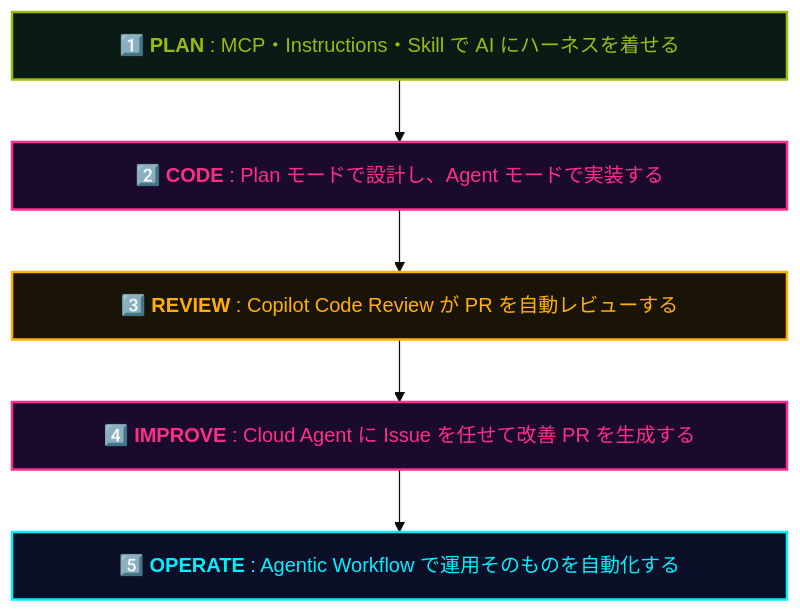
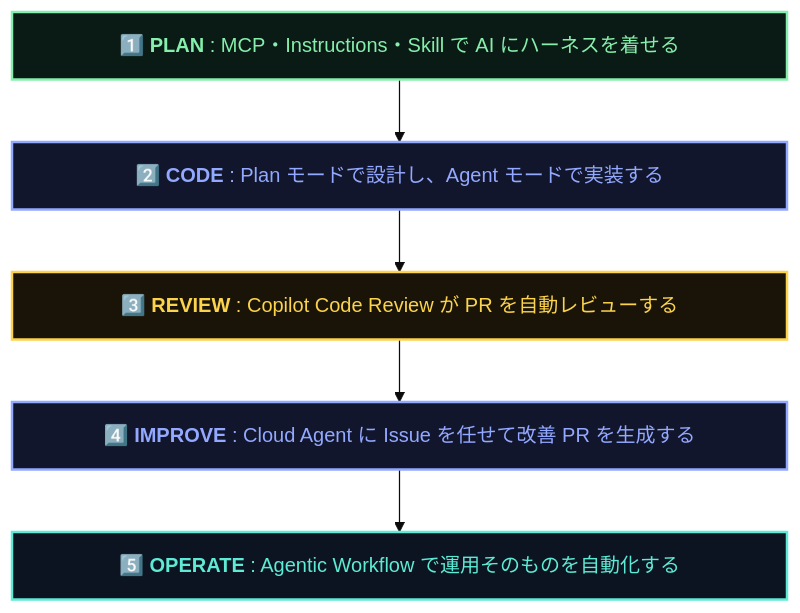
The diagram in src/content/playbook/ja/hands-on.md (theomonfort/theomonfort), drawn with Mermaid (base theme) before and after one commit. The commit also changed other lines of this file and 607 other files, not shown here.

````diff
--- a/src/content/playbook/ja/hands-on.md
+++ b/src/content/playbook/ja/hands-on.md
@@ -54,19 +54,19 @@
 ```mermaid
 flowchart TB
   Plan["<div style='min-width:560px;text-align:center'>1️⃣ <b>PLAN</b> : MCP・Instructions・Skill で AI にハーネスを着せる</div>"]
   Code["<div style='min-width:560px;text-align:center'>2️⃣ <b>CODE</b> : Plan モードで設計し、Agent モードで実装する</div>"]
   Review["<div style='min-width:560px;text-align:center'>3️⃣ <b>REVIEW</b> : Copilot Code Review が PR を自動レビューする</div>"]
   Improve["<div style='min-width:560px;text-align:center'>4️⃣ <b>IMPROVE</b> : Cloud Agent に Issue を任せて改善 PR を生成する</div>"]
   Operate["<div style='min-width:560px;text-align:center'>5️⃣ <b>OPERATE</b> : Agentic Workflow で運用そのものを自動化する</div>"]
 
   Plan --> Code --> Review --> Improve --> Operate
 
-  classDef prep fill:#0a1a14,stroke:#9bbc0f,color:#9bbc0f,stroke-width:2px
-  classDef dev  fill:#1a0a2e,stroke:#ff2e88,color:#ff2e88,stroke-width:2px
-  classDef rev  fill:#1a1408,stroke:#ffb000,color:#ffb000,stroke-width:2px
-  classDef ops  fill:#0a0e27,stroke:#00f0ff,color:#00f0ff,stroke-width:2px
+  classDef prep fill:#0a1a14,stroke:#86efac,color:#86efac,stroke-width:2px
+  classDef dev  fill:#11162c,stroke:#93a8ff,color:#93a8ff,stroke-width:2px
+  classDef rev  fill:#1a1408,stroke:#fcd34d,color:#fcd34d,stroke-width:2px
+  classDef ops  fill:#0b1420,stroke:#5eead4,color:#5eead4,stroke-width:2px
   class Plan prep
   class Code,Improve dev
   class Review rev
   class Operate ops
 ```
````
